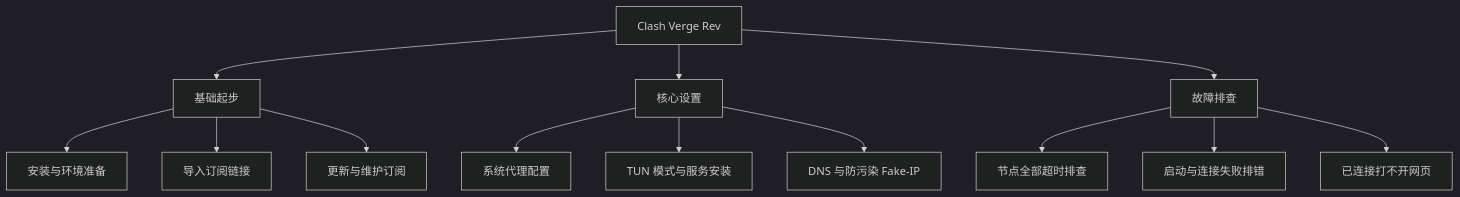
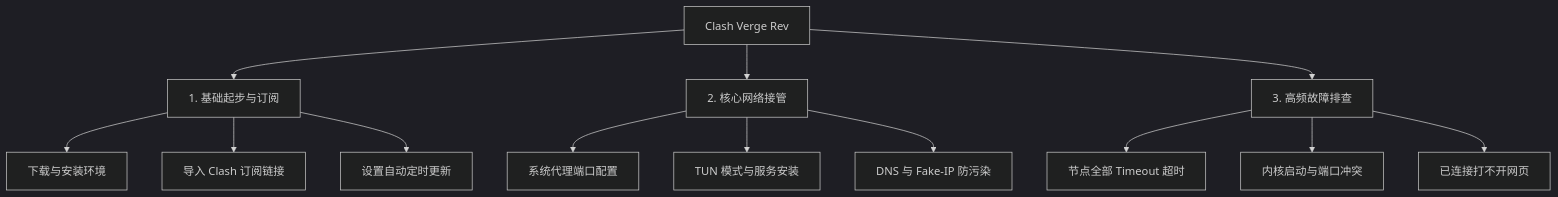
One commit to qweqwe98698-tech/jichangwiki.co changed the diagram in docs/clients/clash-verge/index.md. Above: the diagram before and after it, drawn with Mermaid (dark theme). The commit also changed other lines of this file and 183 other files, not shown here.

Commit message:
feat: 42家机场品牌全景升级、测速原图集成与高级SEO/GEO全站优化 (v5.1.0)

````diff
--- a/docs/clients/clash-verge/index.md
+++ b/docs/clients/clash-verge/index.md
@@ -21,18 +30,18 @@
 ```mermaid
 graph TD
-    A[Clash Verge Rev] --> B[基础起步]
-    A --> C[核心设置]
-    A --> D[故障排查]
+    A[Clash Verge Rev] --> B[1. 基础起步与订阅]
+    A --> C[2. 核心网络接管]
+    A --> D[3. 高频故障排查]
 
-    B --> B1[安装与环境准备]
-    B --> B2[导入订阅链接]
-    B --> B3[更新与维护订阅]
+    B --> B1[下载与安装环境]
+    B --> B2[导入 Clash 订阅链接]
+    B --> B3[设置自动定时更新]
 
-    C --> C1[系统代理配置]
+    C --> C1[系统代理端口配置]
     C --> C2[TUN 模式与服务安装]
-    C --> C3[DNS 与防污染 Fake-IP]
+    C --> C3[DNS 与 Fake-IP 防污染]
 
-    D --> D1[节点全部超时排查]
-    D --> D2[启动与连接失败排错]
+    D --> D1[节点全部 Timeout 超时]
+    D --> D2[内核启动与端口冲突]
     D --> D3[已连接打不开网页]
 ```
````
